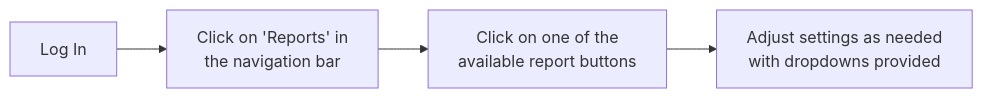
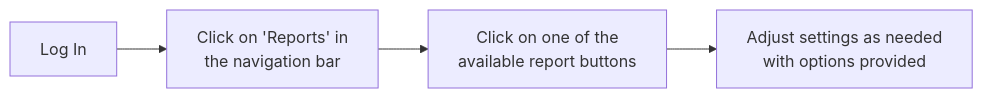
One commit to EvitaKnits/hitch-hound changed the tenth of 10 diagrams in README.md. Above: the diagram before and after it, drawn with Mermaid. The commit also changed other lines of this file, not shown here.

Commit message:
Tweak user journey diagrams for accuracy

````diff
--- a/README.md
+++ b/README.md
@@ -181,6 +189,6 @@
 ```mermaid
 flowchart LR
     A[Log In] --> B[Click on 'Reports' in\nthe navigation bar]
     B --> C[Click on one of the\n available report buttons]
-    C --> D[Adjust settings as needed\n with dropdowns provided]
+    C --> D[Adjust settings as needed\n with options provided]
 ```
````
